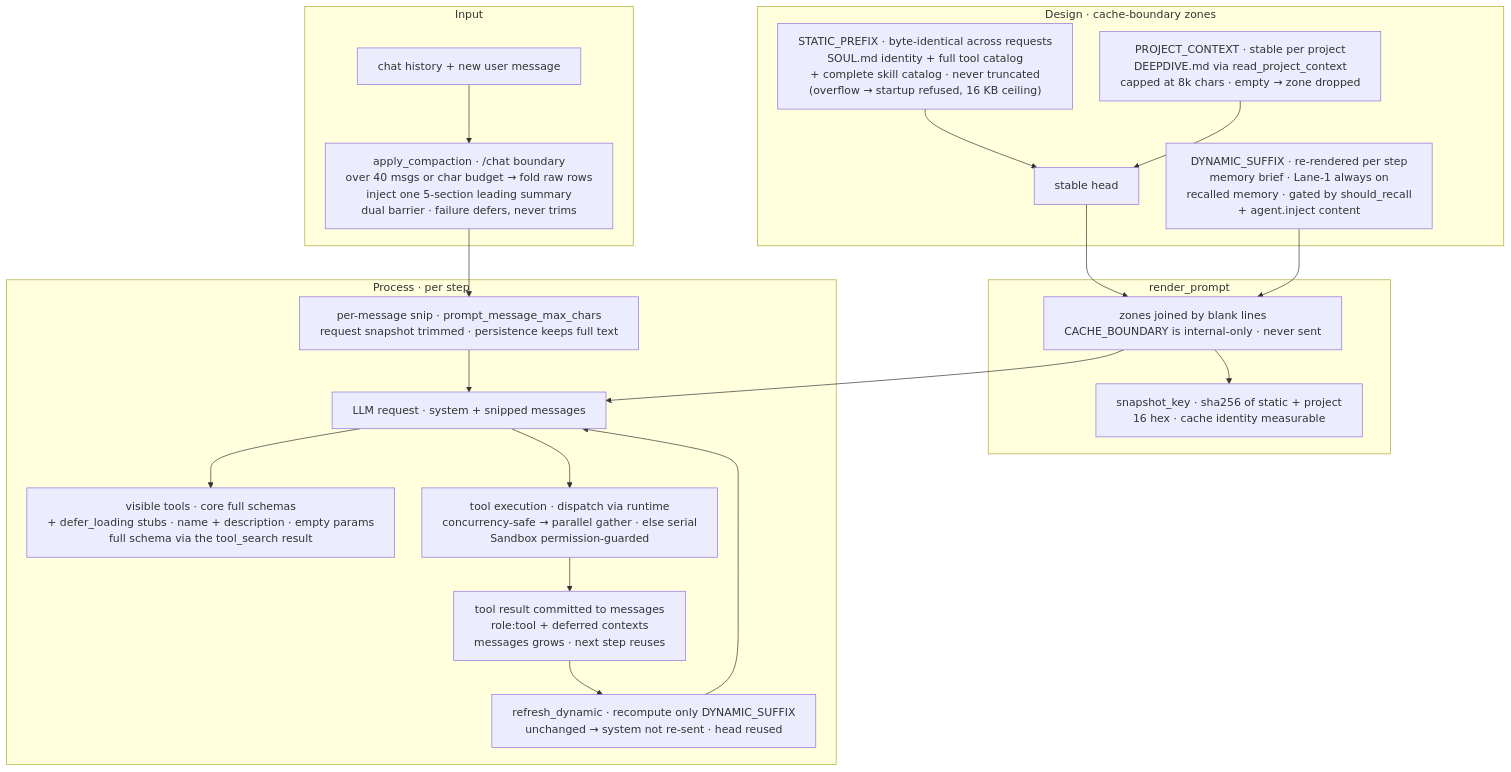
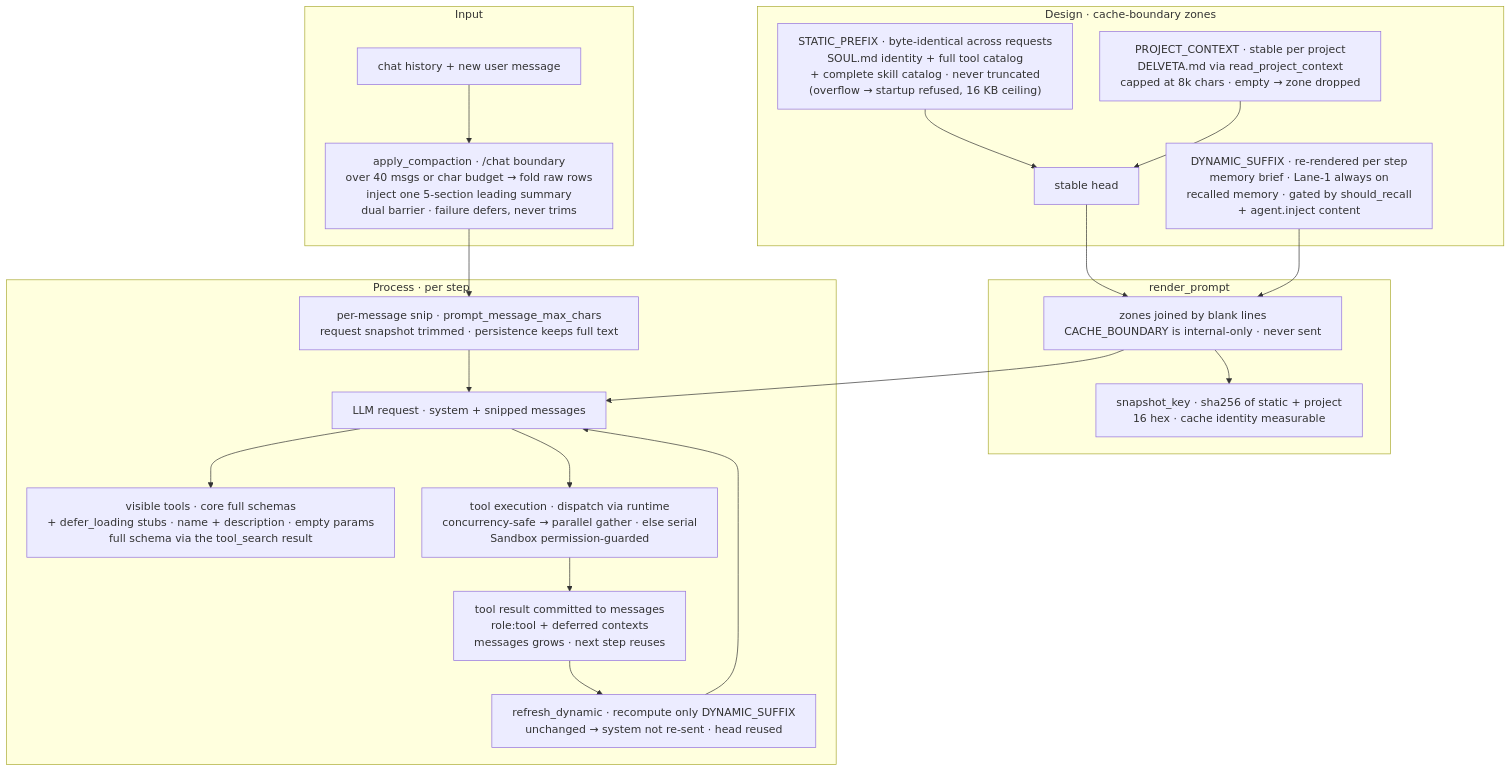
Before and after one commit to Eric-LLMs/DeepDive: the fourth of 5 diagrams in docs/architecture-diagrams.md, drawn with Mermaid. The commit also changed 93 other files, not shown here.

````diff
--- a/docs/architecture-diagrams.md
+++ b/docs/architecture-diagrams.md
@@ -153,44 +153,44 @@
 ```mermaid
 %%{init: {"flowchart": {"wrappingWidth": 500, "nodeSpacing": 40, "rankSpacing": 50}}}%%
 flowchart TB
     %% Prompt module: cache-boundary assembly + compression + deferred tool stubs.
     %% Invariants: the CACHE_BOUNDARY separator is internal-only and never rendered; the stable
     %% head (STATIC_PREFIX + PROJECT_CONTEXT) is byte-identical so the provider prefix cache is
     %% reused; only the DYNAMIC_SUFFIX re-renders per step and is skipped when unchanged; the
     %% per-message snip trims the request snapshot only, keeping the persistence copy raw; mounted
     %% tools appear as stable defer_loading stubs, with the full schema riding in the tool_search
     %% result.
 
     subgraph input["Input"]
         HIST["chat history + new user message"]
         AUTO["apply_compaction · /chat boundary<br/>over 40 msgs or char budget → fold raw rows<br/>inject one 5-section leading summary<br/>dual barrier · failure defers, never trims"]
         HIST --> AUTO
     end
 
     subgraph zones["Design · cache-boundary zones"]
         SP["STATIC_PREFIX · byte-identical across requests<br/>SOUL.md identity + full tool catalog<br/>+ complete skill catalog · never truncated<br/>(overflow → startup refused, 16 KB ceiling)"]
-        PC["PROJECT_CONTEXT · stable per project<br/>DEEPDIVE.md via read_project_context<br/>capped at 8k chars · empty → zone dropped"]
+        PC["PROJECT_CONTEXT · stable per project<br/>DELVETA.md via read_project_context<br/>capped at 8k chars · empty → zone dropped"]
         DS["DYNAMIC_SUFFIX · re-rendered per step<br/>memory brief · Lane-1 always on<br/>recalled memory · gated by should_recall<br/>+ agent.inject content"]
         SP --> HEAD["stable head"]
         PC --> HEAD
     end
 
     subgraph render["render_prompt"]
         HEAD --> RENDER
         DS --> RENDER
         RENDER["zones joined by blank lines<br/>CACHE_BOUNDARY is internal-only · never sent"]
         RENDER --> KEY["snapshot_key · sha256 of static + project<br/>16 hex · cache identity measurable"]
     end
 
     subgraph perstep["Process · per step"]
         SNIP["per-message snip · prompt_message_max_chars<br/>request snapshot trimmed · persistence keeps full text"]
         AUTO --> SNIP
         SNIP --> REQ["LLM request · system + snipped messages"]
         REQ --> TOOLS["visible tools · core full schemas<br/>+ defer_loading stubs · name + description · empty params<br/>full schema via the tool_search result"]
         REQ --> EXEC["tool execution · dispatch via runtime<br/>concurrency-safe → parallel gather · else serial<br/>Sandbox permission-guarded"]
         EXEC --> COMMIT["tool result committed to messages<br/>role:tool + deferred contexts<br/>messages grows · next step reuses"]
         COMMIT --> REFRESH["refresh_dynamic · recompute only DYNAMIC_SUFFIX<br/>unchanged → system not re-sent · head reused"]
         REFRESH --> REQ
         RENDER --> REQ
     end
 ```
````
